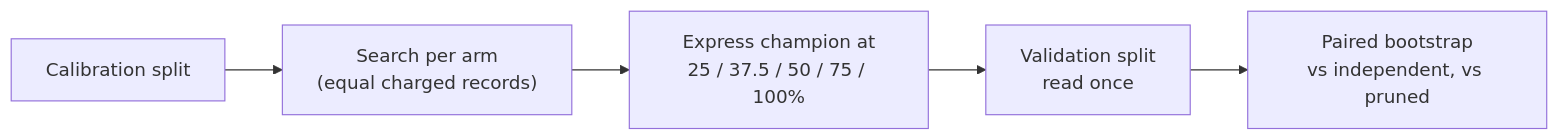
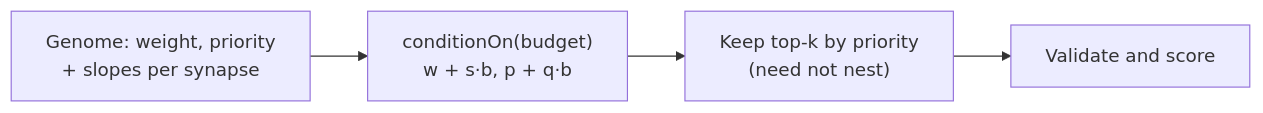
Before and after one commit to stSoftwareAU/NEAT-AI: the diagram in docs/archive/pr-summaries/pr-summary-4161.md, drawn with Mermaid. The commit also changed other lines of this file, not shown here.

First line of the commit message:
Update the PR summary for the budget-input arm (Issue #4161)

````diff
--- a/docs/archive/pr-summaries/pr-summary-4161.md
+++ b/docs/archive/pr-summaries/pr-summary-4161.md
@@ -88,7 +90,6 @@
 ```mermaid
 flowchart LR
-    C["Calibration split"] --> S["Search per arm<br/>(equal charged records)"]
-    S --> X["Express champion at<br/>25 / 37.5 / 50 / 75 / 100%"]
-    X --> V["Validation split<br/>read once"]
-    V --> B["Paired bootstrap<br/>vs independent, vs pruned"]
+    G["Genome: weight, priority<br/>+ slopes per synapse"] --> C["conditionOn(budget)<br/>w + s·b, p + q·b"]
+    C --> K["Keep top-k by priority<br/>(need not nest)"]
+    K --> V["Validate and score"]
 ```
````
